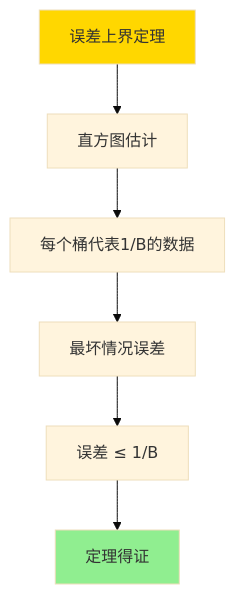
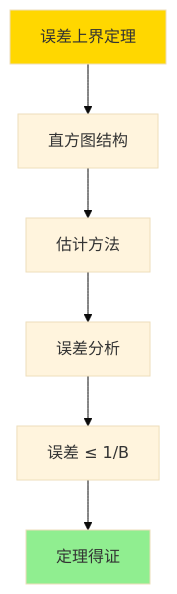
The fourth of 4 diagrams in PostgreSQL/10-理论基础/15-统计与估计/15.01-选择率估计误差-敏感性与上界.md (AdaMartin18010/PostgreSQL_modern), drawn with Mermaid (base theme) before and after one commit. The commit also changed other lines of this file and 80 other files, not shown here.

````diff
--- a/PostgreSQL/10-理论基础/15-统计与估计/15.01-选择率估计误差-敏感性与上界.md
+++ b/PostgreSQL/10-理论基础/15-统计与估计/15.01-选择率估计误差-敏感性与上界.md
@@ -268,11 +303,11 @@
 ```mermaid
 graph TD
-    A[误差上界定理] --> B[直方图估计]
-    B --> C[每个桶代表1/B的数据]
-    C --> D[最坏情况误差]
+    A[误差上界定理] --> B[直方图结构]
+    B --> C[估计方法]
+    C --> D[误差分析]
     D --> E[误差 ≤ 1/B]
     E --> F[定理得证]
 
     style A fill:#FFD700
     style F fill:#90EE90
 ```
````
